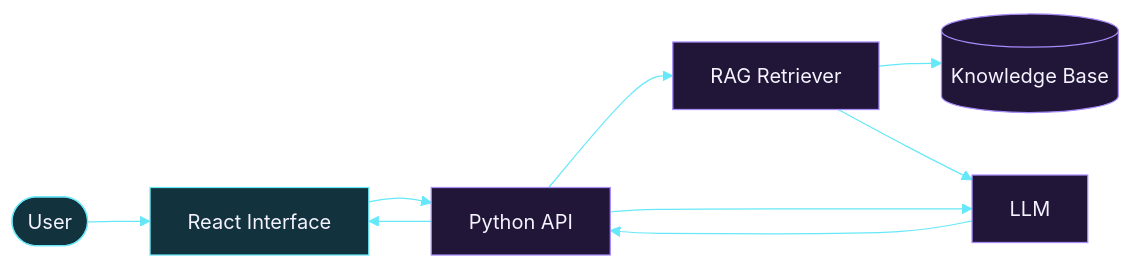
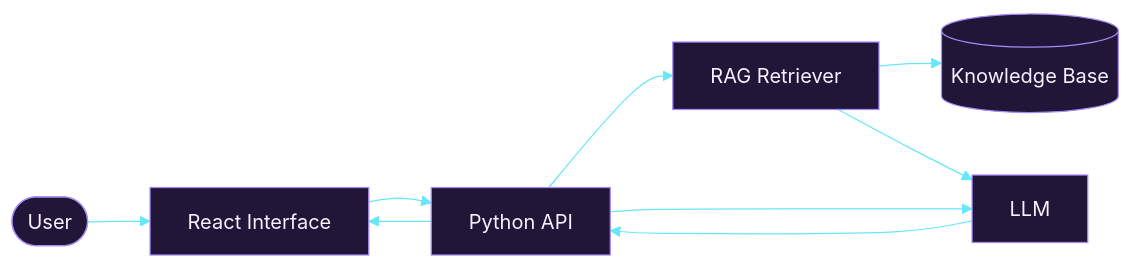
One commit to amiiiiiitz/amiiiiiitz changed the second of 3 diagrams in README.md. Above: the diagram before and after it, drawn with Mermaid. The commit also changed other lines of this file, not shown here.

````diff
--- a/README.md
+++ b/README.md
@@ -159,16 +160,12 @@
 ```mermaid
-%%{init: {'theme':'base','themeVariables':{'primaryColor':'#211638','primaryTextColor':'#F5F3FF','primaryBorderColor':'#A78BFA','lineColor':'#67E8F9','secondaryColor':'#12323D','tertiaryColor':'#0D1117','fontFamily':'monospace'}}}%%
+%%{init: {'theme':'base','themeVariables':{'primaryColor':'#211638','primaryTextColor':'#F5F3FF','primaryBorderColor':'#A78BFA','lineColor':'#67E8F9'}}}%%
 flowchart LR
     U([User]) --> UI[React Interface]
     UI --> API[Python API]
     API --> RAG[RAG Retriever]
     RAG --> KB[(Knowledge Base)]
     RAG --> LLM[LLM]
     API --> LLM
     LLM --> API
     API --> UI
-    classDef edge fill:#12323D,stroke:#67E8F9,color:#F5F3FF;
-    classDef core fill:#211638,stroke:#A78BFA,color:#F5F3FF;
-    class U,UI edge;
-    class API,RAG,KB,LLM core;
 ```
````
